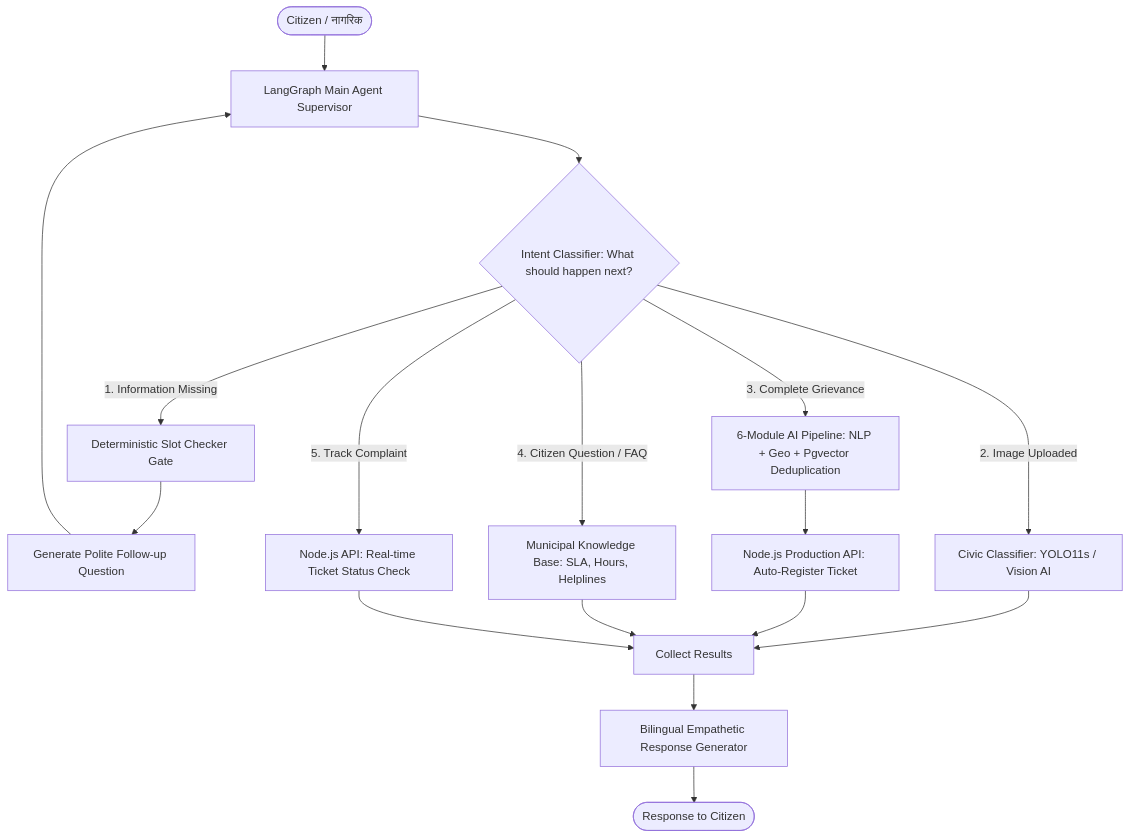
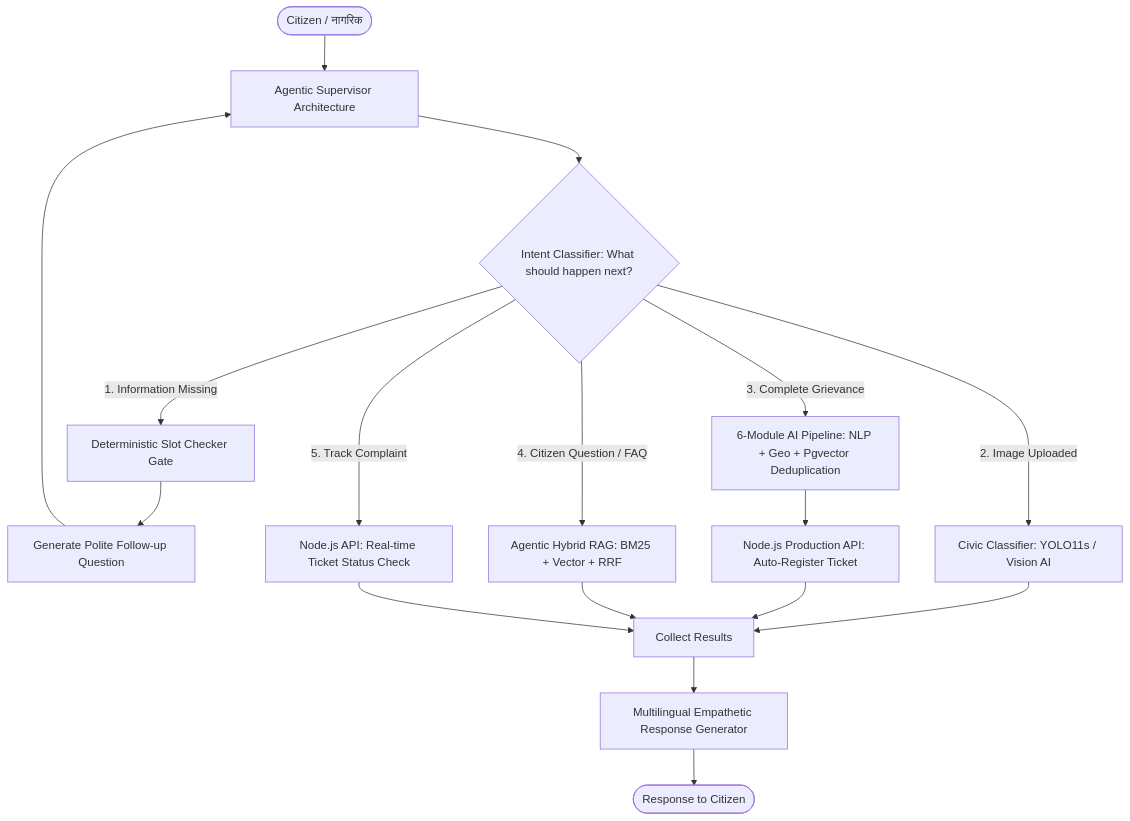
One commit to Siddhesh1235/wardmitra-conversational changed the diagram in README.md. Above: the diagram before and after it, drawn with Mermaid. The commit also changed other lines of this file, not shown here.

Commit message:
Docs: Update README with Agentic Hybrid RAG architecture and unit tests

````diff
--- a/README.md
+++ b/README.md
@@ -25,25 +24,25 @@
 ```mermaid
 graph TD
-    User([Citizen / नागरिक]) --> MainAgent[LangGraph Main Agent Supervisor]
+    User([Citizen / नागरिक]) --> MainAgent[Agentic Supervisor Architecture]
     MainAgent --> Router{Intent Classifier: What should happen next?}
 
     Router -- "1. Information Missing" --> SlotGate[Deterministic Slot Checker Gate]
     SlotGate --> FollowUp[Generate Polite Follow-up Question]
     FollowUp --> MainAgent
 
     Router -- "2. Image Uploaded" --> VisionTool[Civic Classifier: YOLO11s / Vision AI]
     VisionTool --> Aggregator[Collect Results]
 
     Router -- "3. Complete Grievance" --> AIIntel[6-Module AI Pipeline: NLP + Geo + Pgvector Deduplication]
     AIIntel --> BackendAPI[Node.js Production API: Auto-Register Ticket]
     BackendAPI --> Aggregator
 
-    Router -- "4. Citizen Question / FAQ" --> RAGTool[Municipal Knowledge Base: SLA, Hours, Helplines]
-    RAGTool --> Aggregator
+    Router -- "4. Citizen Question / FAQ" --> HybridRAG[Agentic Hybrid RAG: BM25 + Vector + RRF]
+    HybridRAG --> Aggregator
 
     Router -- "5. Track Complaint" --> TrackTool[Node.js API: Real-time Ticket Status Check]
     TrackTool --> Aggregator
 
-    Aggregator --> RespGen[Bilingual Empathetic Response Generator]
+    Aggregator --> RespGen[Multilingual Empathetic Response Generator]
     RespGen --> Output([Response to Citizen])
 ```
````
